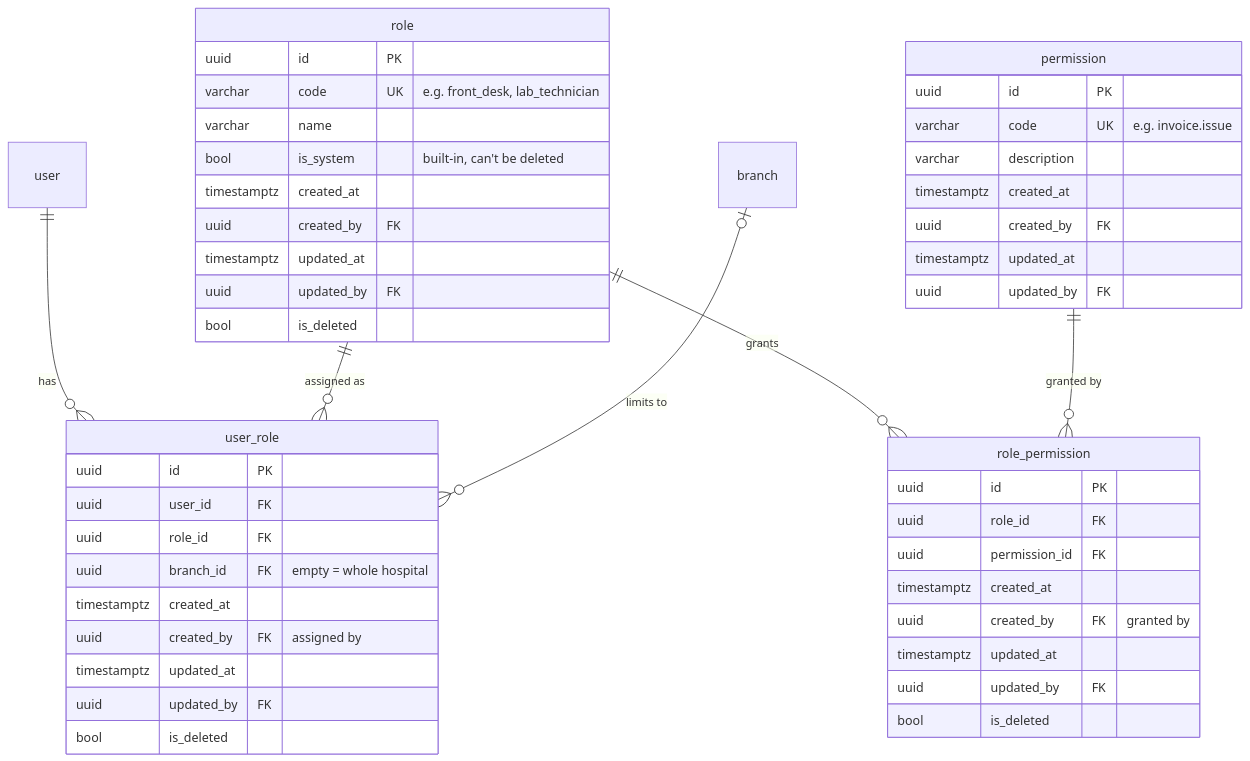
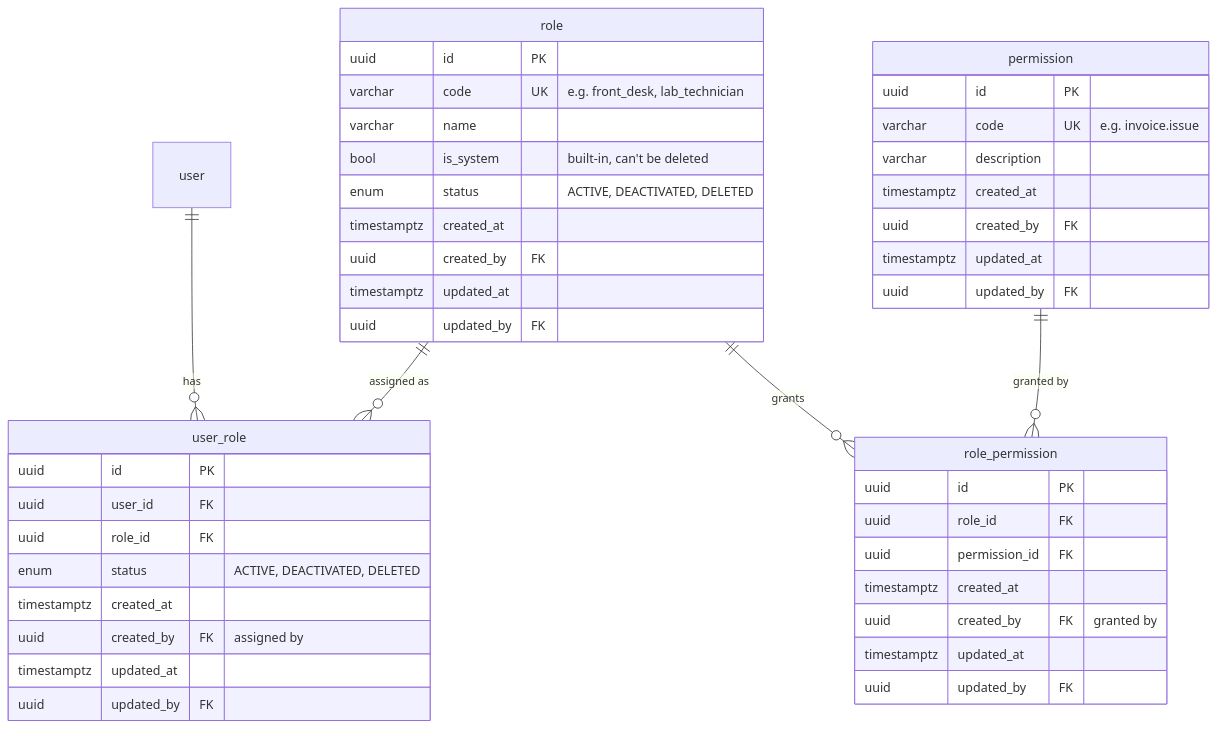
One commit to TalhaMunawar01/smart-health changed the third of 5 diagrams in docs/erd.md. Above: the diagram before and after it, drawn with Mermaid. The commit also changed other lines of this file, not shown here.

````diff
--- a/docs/erd.md
+++ b/docs/erd.md
@@ -217,50 +223,47 @@
 ```mermaid
 erDiagram
   user ||--o{ user_role : "has"
   role ||--o{ user_role : "assigned as"
-  branch |o--o{ user_role : "limits to"
   role ||--o{ role_permission : "grants"
   permission ||--o{ role_permission : "granted by"
 
   role {
     uuid id PK
     varchar code UK "e.g. front_desk, lab_technician"
     varchar name
     bool is_system "built-in, can't be deleted"
+    enum status "ACTIVE, DEACTIVATED, DELETED"
     timestamptz created_at
     uuid created_by FK
     timestamptz updated_at
     uuid updated_by FK
-    bool is_deleted
   }
   permission {
     uuid id PK
     varchar code UK "e.g. invoice.issue"
     varchar description
     timestamptz created_at
     uuid created_by FK
     timestamptz updated_at
     uuid updated_by FK
   }
   role_permission {
     uuid id PK
     uuid role_id FK
     uuid permission_id FK
     timestamptz created_at
     uuid created_by FK "granted by"
     timestamptz updated_at
     uuid updated_by FK
-    bool is_deleted
   }
   user_role {
     uuid id PK
     uuid user_id FK
     uuid role_id FK
-    uuid branch_id FK "empty = whole hospital"
+    enum status "ACTIVE, DEACTIVATED, DELETED"
     timestamptz created_at
     uuid created_by FK "assigned by"
     timestamptz updated_at
     uuid updated_by FK
-    bool is_deleted
   }
 ```
````
